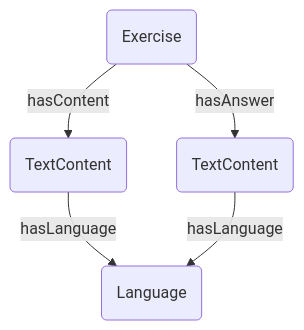
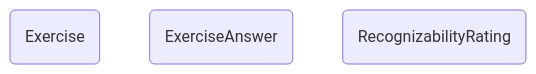
One commit to Explik/diybirdyapp changed diagram 16 of 17 in docs/graph-representation.md. Above: the diagram before and after it, drawn with Mermaid. The commit also changed other lines of this file, not shown here.

Commit message:
Updating graph representation documentation before a larger refactor

````diff
--- a/docs/graph-representation.md
+++ b/docs/graph-representation.md
@@ -225,12 +259,6 @@
 ```mermaid
 graph TB
 Exercise(Exercise)
-TextContent1(TextContent)
-TextContent2(TextContent)
-Language(Language)
-
-Exercise--hasContent-->TextContent1
-Exercise--hasAnswer-->TextContent2
-TextContent1--hasLanguage-->Language
-TextContent2--hasLanguage-->Language
+ExerciseAnswer(ExerciseAnswer)
+RecognizabilityRating(RecognizabilityRating)
 ```
````
